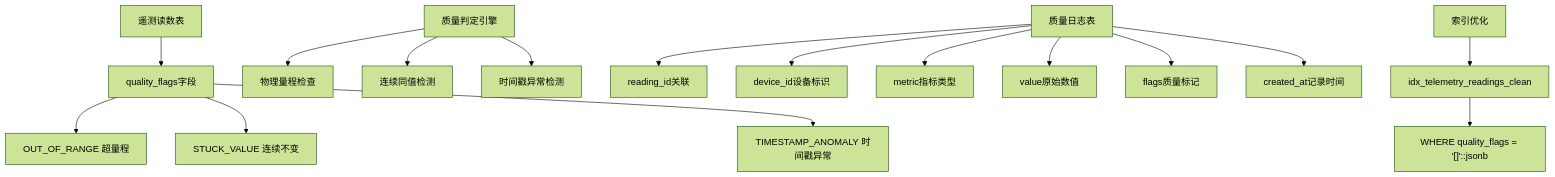
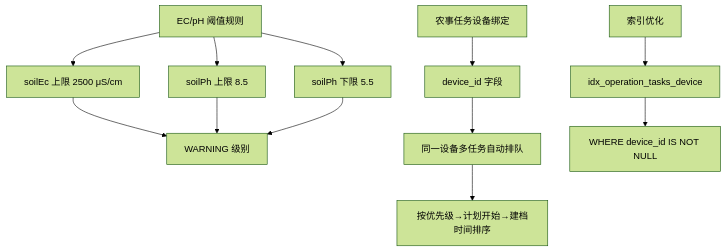
The seventh of 31 diagrams in .qoder/repowiki/zh/content/数据库设计/数据库设计.md (q446328246/agri-platform), drawn with Mermaid (forest theme) before and after one commit. The commit also changed other lines of this file and 46 other files, not shown here.

````diff
--- a/.qoder/repowiki/zh/content/数据库设计/数据库设计.md
+++ b/.qoder/repowiki/zh/content/数据库设计/数据库设计.md
@@ -1156,18 +1229,14 @@
 ```mermaid
 flowchart TD
-A["遥测读数表"] --> B["quality_flags字段"]
-B --> C["OUT_OF_RANGE 超量程"]
-B --> D["STUCK_VALUE 连续不变"]
-B --> E["TIMESTAMP_ANOMALY 时间戳异常"]
-F["质量判定引擎"] --> G["物理量程检查"]
-F --> H["连续同值检测"]
-F --> I["时间戳异常检测"]
-J["质量日志表"] --> K["reading_id关联"]
-J --> L["device_id设备标识"]
-J --> M["metric指标类型"]
-J --> N["value原始数值"]
-J --> O["flags质量标记"]
-J --> P["created_at记录时间"]
-Q["索引优化"] --> R["idx_telemetry_readings_clean"]
-R --> S["WHERE quality_flags = '[]'::jsonb"]
+A["EC/pH 阈值规则"] --> B["soilEc 上限 2500 μS/cm"]
+A --> C["soilPh 上限 8.5"]
+A --> D["soilPh 下限 5.5"]
+B --> E["WARNING 级别"]
+C --> E
+D --> E
+F["农事任务设备绑定"] --> G["device_id 字段"]
+G --> H["同一设备多任务自动排队"]
+H --> I["按优先级→计划开始→建档时间排序"]
+J["索引优化"] --> K["idx_operation_tasks_device"]
+K --> L["WHERE device_id IS NOT NULL"]
 ```
````
